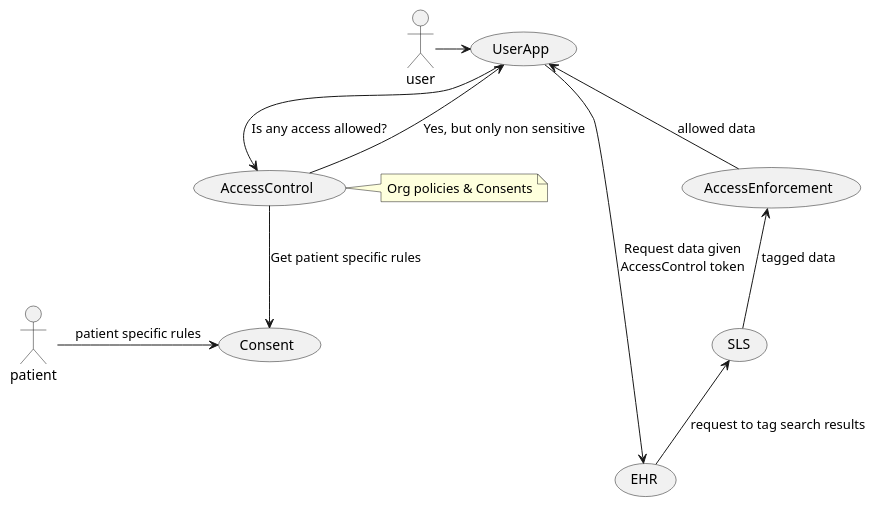
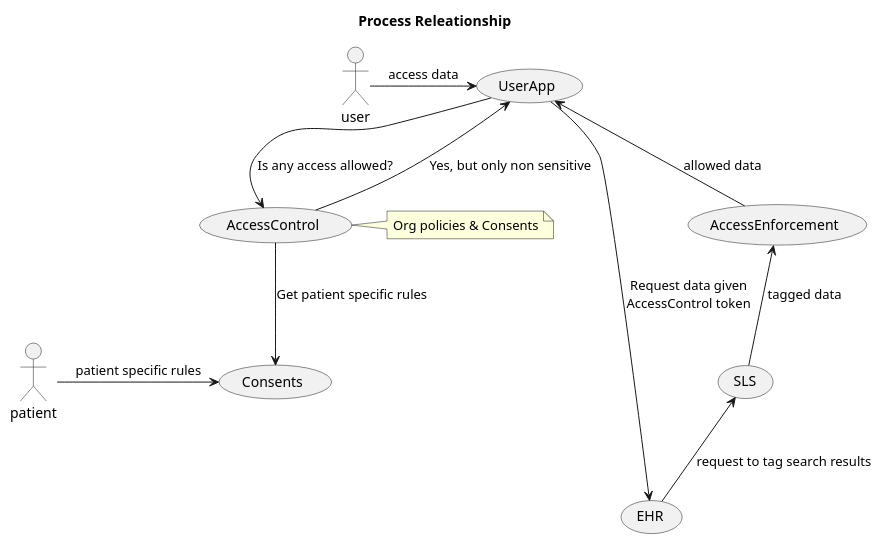
The diagram in input/images-source/relationships.plantuml (JohnMoehrke/ConsentWithSegmentation), drawn with PlantUML before and after one commit. The commit also changed 8 other files, not shown here.

```diff
--- a/input/images-source/relationships.plantuml
+++ b/input/images-source/relationships.plantuml
@@ -1,17 +1,16 @@
 @startuml
+title Process Releationship
+:patient: -> (Consents) : patient specific rules
 
-:patient: -> (Consent) : patient specific rules
-
-:user: -> (UserApp)
+:user: -> (UserApp) : access data 
 (UserApp) -> (AccessControl): Is any access allowed?
 Note right of (AccessControl): Org policies & Consents
-(AccessControl) --> (Consent): Get patient specific rules
+(AccessControl) --> (Consents): Get patient specific rules
 (UserApp) <-- (AccessControl): Yes, but only non sensitive
 
 (UserApp) -> (EHR) : Request data given\nAccessControl token
 (SLS) <-- (EHR) : request to tag search results
 (AccessEnforcement) <-- (SLS): tagged data
 (UserApp) <-- (AccessEnforcement): allowed data
 
-
 @enduml
```
